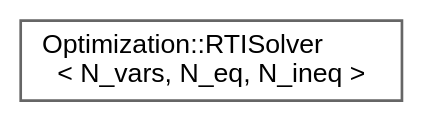
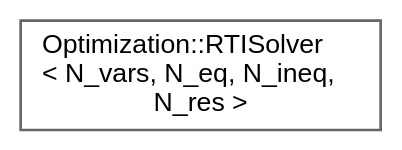
Before and after one commit to jswoo0615/Algorithms_for_Optimization_cpp: the diagram in inherit_graph_55.dot, drawn with Graphviz. The commit also changed 20 other files, not shown here.

```diff
--- a/inherit_graph_55.dot
+++ b/inherit_graph_55.dot
@@ -1,9 +1,9 @@
 digraph "Graphical Class Hierarchy"
 {
  // LATEX_PDF_SIZE
   bgcolor="transparent";
   edge [fontname=Helvetica,fontsize=10,labelfontname=Helvetica,labelfontsize=10];
   node [fontname=Helvetica,fontsize=10,shape=box,height=0.2,width=0.4];
   rankdir="LR";
-  Node0 [id="Node000000",label="Optimization::RTISolver\l\< N_vars, N_eq, N_ineq \>",height=0.2,width=0.4,color="grey40", fillcolor="white", style="filled",URL="$classOptimization_1_1RTISolver.html",tooltip=" "];
+  Node0 [id="Node000000",label="Optimization::RTISolver\l\< N_vars, N_eq, N_ineq,\l N_res \>",height=0.2,width=0.4,color="grey40", fillcolor="white", style="filled",URL="$classOptimization_1_1RTISolver.html",tooltip=" "];
 }
```
